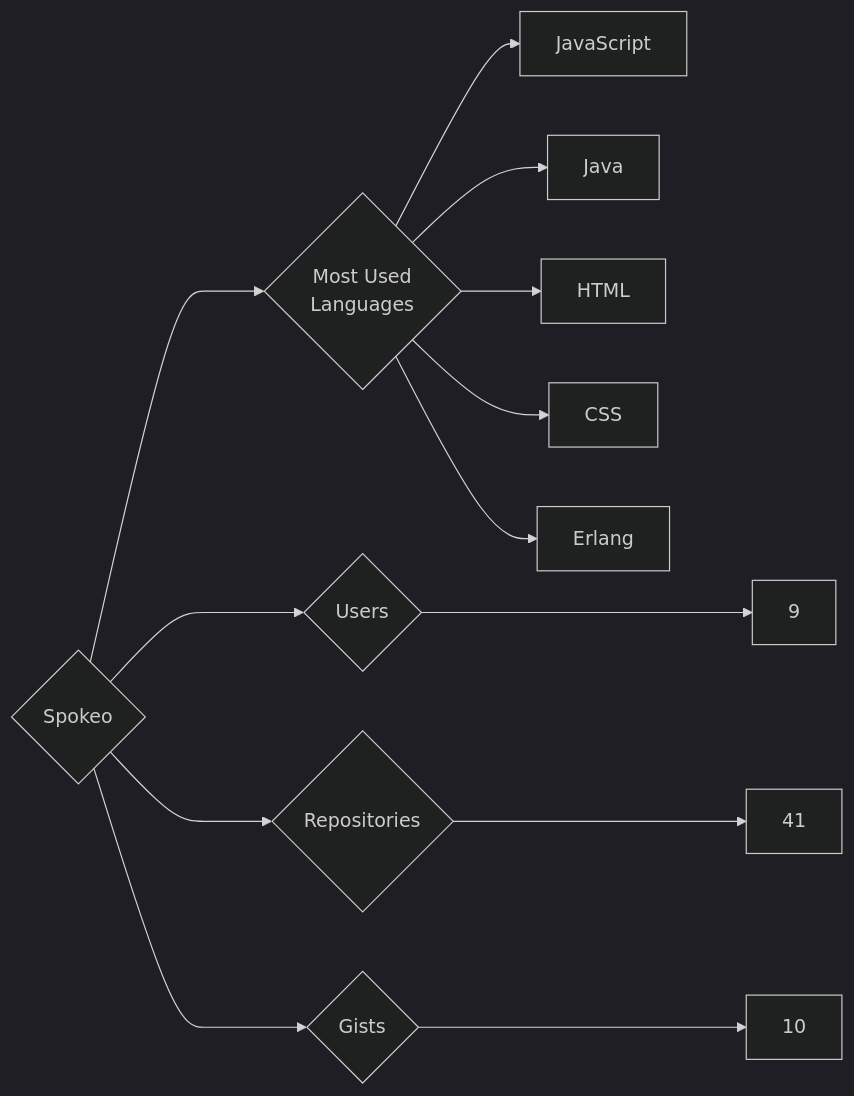
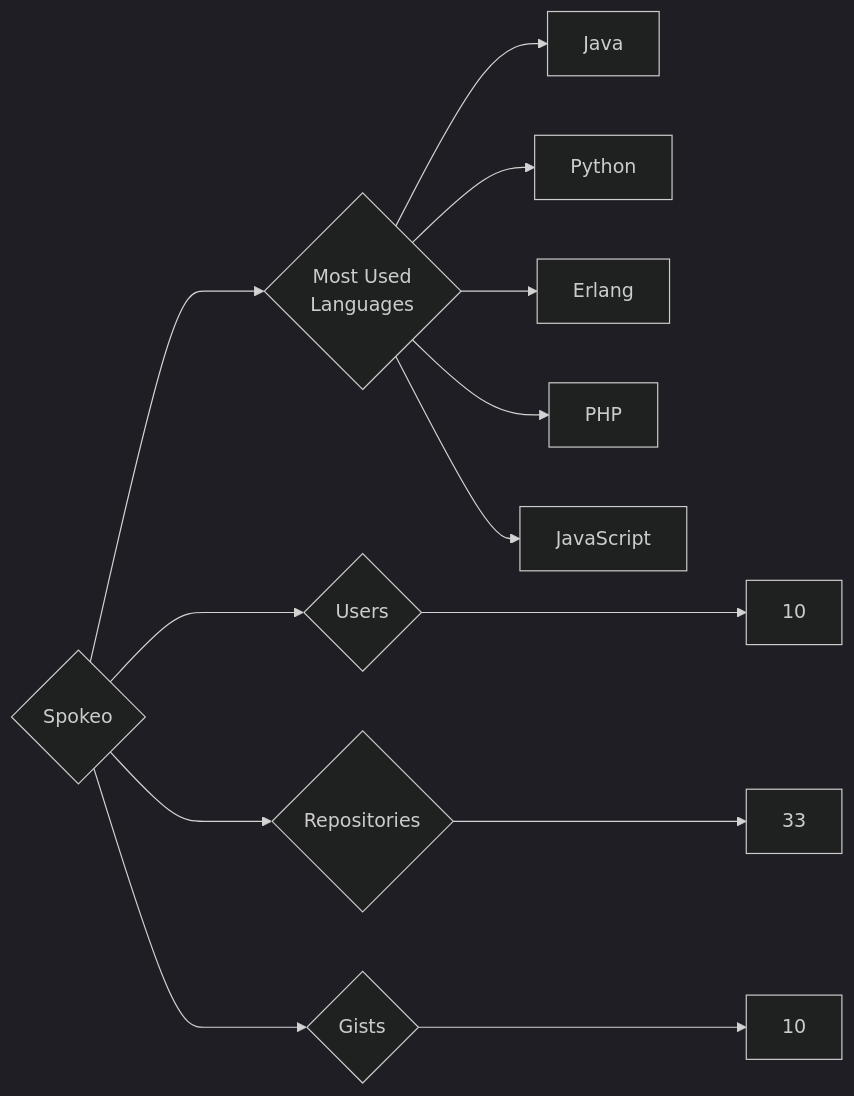
The diagram in targets/Spokeo/README.md (trickest/insiders), drawn with Mermaid (dark theme) before and after one commit. The commit also changed 895 other files, not shown here.

````diff
--- a/targets/Spokeo/README.md
+++ b/targets/Spokeo/README.md
@@ -3,13 +3,13 @@
 ```mermaid
 graph LR
 COMPANY_NAME{Spokeo}
-COMPANY_NAME ---> U{Users} ---> UN[9]
-COMPANY_NAME ---> R{Repositories} ---> RN[41]
+COMPANY_NAME ---> U{Users} ---> UN[10]
+COMPANY_NAME ---> R{Repositories} ---> RN[33]
 COMPANY_NAME ---> G{Gists} ---> GN[10]
 COMPANY_NAME ---> ML{Most Used<br>Languages}
+ML --> Java[Java]
+ML --> Python[Python]
+ML --> Erlang[Erlang]
+ML --> PHP[PHP]
 ML --> JavaScript[JavaScript]
-ML --> Java[Java]
-ML --> HTML[HTML]
-ML --> CSS[CSS]
-ML --> Erlang[Erlang]
 ```
````
